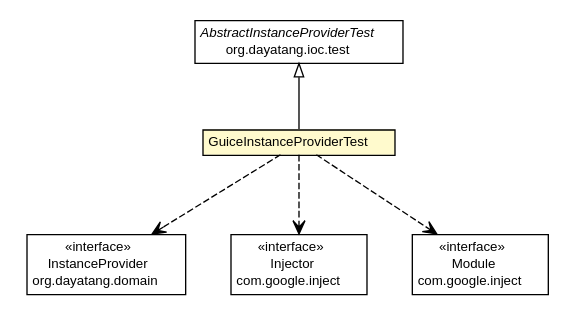
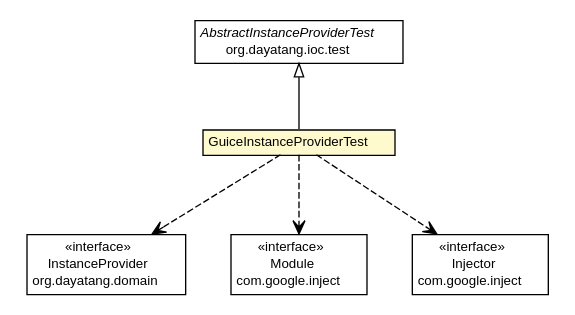
Before and after one commit to dayatang/dddlib: the diagram in dddlib-ioc/dddlib-ioc-guice/testapidocs/org/dayatang/ioc/guice/GuiceInstanceProviderTest.dot, drawn with Graphviz. The commit also changed 43 other files, not shown here.

```diff
--- a/dddlib-ioc/dddlib-ioc-guice/testapidocs/org/dayatang/ioc/guice/GuiceInstanceProviderTest.dot
+++ b/dddlib-ioc/dddlib-ioc-guice/testapidocs/org/dayatang/ioc/guice/GuiceInstanceProviderTest.dot
@@ -1,57 +1,57 @@
 #!/usr/local/bin/dot
 #
 # Class diagram 
 # Generated by UMLGraph version R5_6_6-8-g8d7759 (http://www.umlgraph.org/)
 #
 
 digraph G {
 	edge [fontname="Helvetica",fontsize=10,labelfontname="Helvetica",labelfontsize=10];
 	node [fontname="Helvetica",fontsize=10,shape=plaintext];
 	nodesep=0.25;
 	ranksep=0.5;
 	// org.dayatang.ioc.guice.GuiceInstanceProviderTest
 	c16 [label=<<table title="org.dayatang.ioc.guice.GuiceInstanceProviderTest" border="0" cellborder="1" cellspacing="0" cellpadding="2" port="p" bgcolor="lemonChiffon" href="./GuiceInstanceProviderTest.html">
 		<tr><td><table border="0" cellspacing="0" cellpadding="1">
 <tr><td align="center" balign="center"> GuiceInstanceProviderTest </td></tr>
 		</table></td></tr>
 		</table>>, URL="./GuiceInstanceProviderTest.html", fontname="Helvetica", fontcolor="black", fontsize=10.0];
 	//org.dayatang.ioc.guice.GuiceInstanceProviderTest extends org.dayatang.ioc.test.AbstractInstanceProviderTest
 	c17:p -> c16:p [dir=back,arrowtail=empty];
 	// org.dayatang.ioc.guice.GuiceInstanceProviderTest DEPEND org.dayatang.domain.InstanceProvider
 	c16:p -> c20:p [taillabel="", label=" "headlabel="", fontname="Helvetica", fontcolor="black", fontsize=10.0, color="black", arrowhead=open, style=dashed];
+	// org.dayatang.ioc.guice.GuiceInstanceProviderTest DEPEND com.google.inject.Module
+	c16:p -> c21:p [taillabel="", label=" "headlabel="", fontname="Helvetica", fontcolor="black", fontsize=10.0, color="black", arrowhead=open, style=dashed];
 	// org.dayatang.ioc.guice.GuiceInstanceProviderTest DEPEND com.google.inject.Injector
-	c16:p -> c26:p [taillabel="", label=" "headlabel="", fontname="Helvetica", fontcolor="black", fontsize=10.0, color="black", arrowhead=open, style=dashed];
-	// org.dayatang.ioc.guice.GuiceInstanceProviderTest DEPEND com.google.inject.Module
 	c16:p -> c27:p [taillabel="", label=" "headlabel="", fontname="Helvetica", fontcolor="black", fontsize=10.0, color="black", arrowhead=open, style=dashed];
 	// com.google.inject.Module
-	c27 [label=<<table title="com.google.inject.Module" border="0" cellborder="1" cellspacing="0" cellpadding="2" port="p" href="http://java.sun.com/j2se/1.4.2/docs/api/com/google/inject/Module.html">
+	c21 [label=<<table title="com.google.inject.Module" border="0" cellborder="1" cellspacing="0" cellpadding="2" port="p" href="http://java.sun.com/j2se/1.4.2/docs/api/com/google/inject/Module.html">
 		<tr><td><table border="0" cellspacing="0" cellpadding="1">
 <tr><td align="center" balign="center"> &#171;interface&#187; </td></tr>
 <tr><td align="center" balign="center"> Module </td></tr>
 <tr><td align="center" balign="center"> com.google.inject </td></tr>
 		</table></td></tr>
 		</table>>, URL="http://java.sun.com/j2se/1.4.2/docs/api/com/google/inject/Module.html", fontname="Helvetica", fontcolor="black", fontsize=10.0];
 	// org.dayatang.domain.InstanceProvider
 	c20 [label=<<table title="org.dayatang.domain.InstanceProvider" border="0" cellborder="1" cellspacing="0" cellpadding="2" port="p" href="http://java.sun.com/j2se/1.4.2/docs/api/org/dayatang/domain/InstanceProvider.html">
 		<tr><td><table border="0" cellspacing="0" cellpadding="1">
 <tr><td align="center" balign="center"> &#171;interface&#187; </td></tr>
 <tr><td align="center" balign="center"> InstanceProvider </td></tr>
 <tr><td align="center" balign="center"> org.dayatang.domain </td></tr>
 		</table></td></tr>
 		</table>>, URL="http://java.sun.com/j2se/1.4.2/docs/api/org/dayatang/domain/InstanceProvider.html", fontname="Helvetica", fontcolor="black", fontsize=10.0];
 	// com.google.inject.Injector
-	c26 [label=<<table title="com.google.inject.Injector" border="0" cellborder="1" cellspacing="0" cellpadding="2" port="p" href="http://java.sun.com/j2se/1.4.2/docs/api/com/google/inject/Injector.html">
+	c27 [label=<<table title="com.google.inject.Injector" border="0" cellborder="1" cellspacing="0" cellpadding="2" port="p" href="http://java.sun.com/j2se/1.4.2/docs/api/com/google/inject/Injector.html">
 		<tr><td><table border="0" cellspacing="0" cellpadding="1">
 <tr><td align="center" balign="center"> &#171;interface&#187; </td></tr>
 <tr><td align="center" balign="center"> Injector </td></tr>
 <tr><td align="center" balign="center"> com.google.inject </td></tr>
 		</table></td></tr>
 		</table>>, URL="http://java.sun.com/j2se/1.4.2/docs/api/com/google/inject/Injector.html", fontname="Helvetica", fontcolor="black", fontsize=10.0];
 	// org.dayatang.ioc.test.AbstractInstanceProviderTest
 	c17 [label=<<table title="org.dayatang.ioc.test.AbstractInstanceProviderTest" border="0" cellborder="1" cellspacing="0" cellpadding="2" port="p" href="http://java.sun.com/j2se/1.4.2/docs/api/org/dayatang/ioc/test/AbstractInstanceProviderTest.html">
 		<tr><td><table border="0" cellspacing="0" cellpadding="1">
 <tr><td align="center" balign="center"><font face="Helvetica-Oblique"> AbstractInstanceProviderTest </font></td></tr>
 <tr><td align="center" balign="center"> org.dayatang.ioc.test </td></tr>
 		</table></td></tr>
 		</table>>, URL="http://java.sun.com/j2se/1.4.2/docs/api/org/dayatang/ioc/test/AbstractInstanceProviderTest.html", fontname="Helvetica", fontcolor="black", fontsize=10.0];
 }
```
